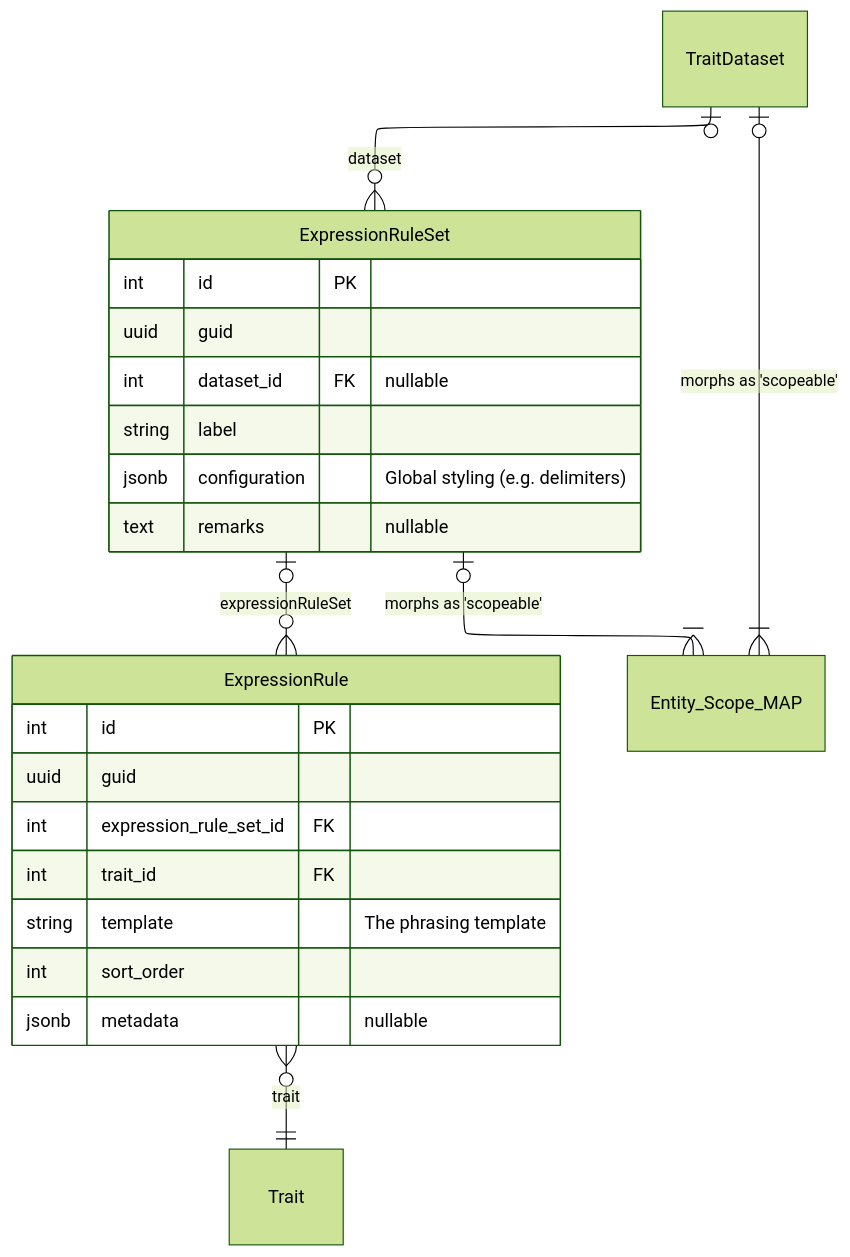
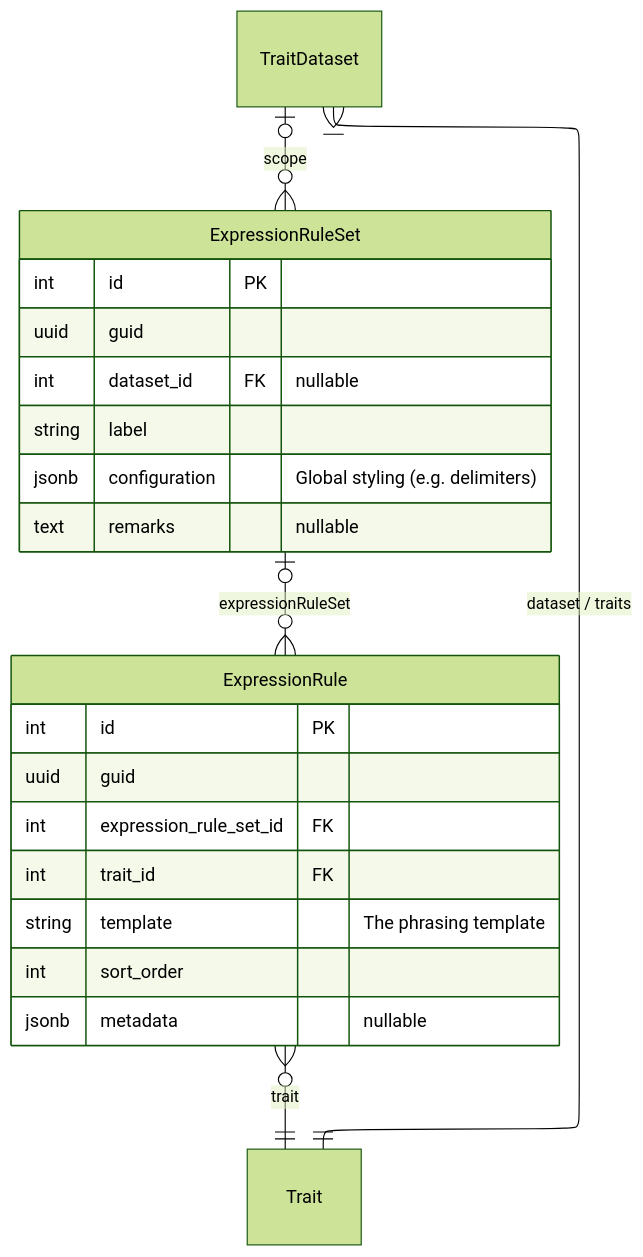
One commit to vicflora/vicflora-docs changed the diagram in source/_mermaid/layer-8b-trait-3-expression-rules.mmd. Above: the diagram before and after it, drawn with Mermaid (forest theme). The commit also changed 26 other files, not shown here.

```diff
--- a/source/_mermaid/layer-8b-trait-3-expression-rules.mmd
+++ b/source/_mermaid/layer-8b-trait-3-expression-rules.mmd
@@ -1,31 +1,29 @@
 ---
 config:
   layout: elk
 ---
 erDiagram
-  TraitDataset |o--o{ ExpressionRuleSet : "dataset"
+  TraitDataset |o--o{ ExpressionRuleSet : "scope"
+  TraitDataset }|--|| Trait : "dataset / traits"
+  
   ExpressionRuleSet |o--o{ ExpressionRule : "expressionRuleSet"
-  
   ExpressionRule }o--|| Trait : "trait"
-
-  TraitDataset |o--|{ Entity_Scope_MAP : "morphs as 'scopeable'"
-  ExpressionRuleSet |o--|{ Entity_Scope_MAP : "morphs as 'scopeable'"
 
   ExpressionRuleSet {
       int id PK
       uuid guid
       int dataset_id FK "nullable"
       string label
       jsonb configuration "Global styling (e.g. delimiters)"
       text remarks "nullable"
   }
 
   ExpressionRule {
       int id PK
       uuid guid
       int expression_rule_set_id FK
       int trait_id FK
       string template "The phrasing template"
       int sort_order
       jsonb metadata "nullable"
   }
```
